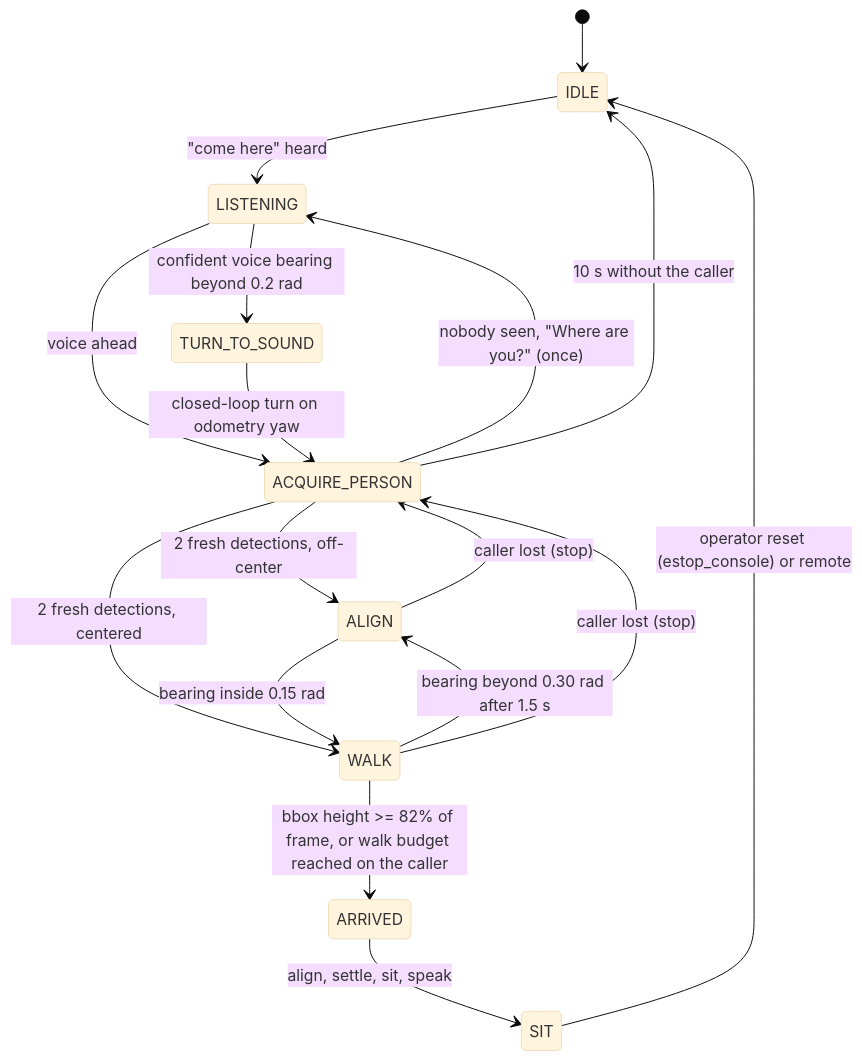
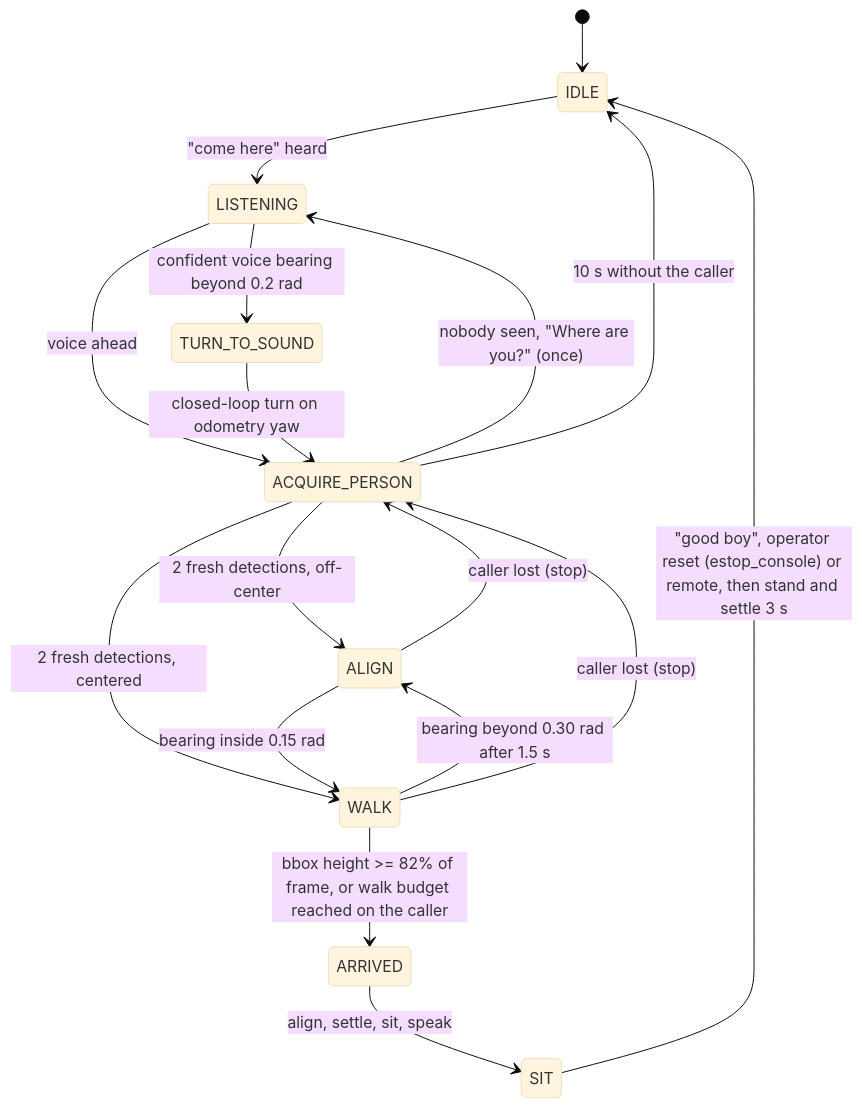
Before and after one commit to yusufdxb/come-here: the diagram in README.md, drawn with Mermaid (base theme). The commit also changed other lines of this file, not shown here.

Commit message:
docs(readme): describe the "good boy" stand-up and return to IDLE

````diff
--- a/README.md
+++ b/README.md
@@ -32,19 +32,19 @@
 ```mermaid
 stateDiagram-v2
     [*] --> IDLE
     IDLE --> LISTENING: "come here" heard
     LISTENING --> TURN_TO_SOUND: confident voice bearing beyond 0.2 rad
     LISTENING --> ACQUIRE_PERSON: voice ahead
     TURN_TO_SOUND --> ACQUIRE_PERSON: closed-loop turn on odometry yaw
     ACQUIRE_PERSON --> ALIGN: 2 fresh detections, off-center
     ACQUIRE_PERSON --> WALK: 2 fresh detections, centered
     ALIGN --> WALK: bearing inside 0.15 rad
     WALK --> ALIGN: bearing beyond 0.30 rad after 1.5 s
     ALIGN --> ACQUIRE_PERSON: caller lost (stop)
     WALK --> ACQUIRE_PERSON: caller lost (stop)
     ACQUIRE_PERSON --> LISTENING: nobody seen, "Where are you?" (once)
     ACQUIRE_PERSON --> IDLE: 10 s without the caller
     WALK --> ARRIVED: bbox height >= 82% of frame, or walk budget reached on the caller
     ARRIVED --> SIT: align, settle, sit, speak
-    SIT --> IDLE: operator reset (estop_console) or remote
+    SIT --> IDLE: "good boy", operator reset (estop_console) or remote, then stand and settle 3 s
 ```
````
